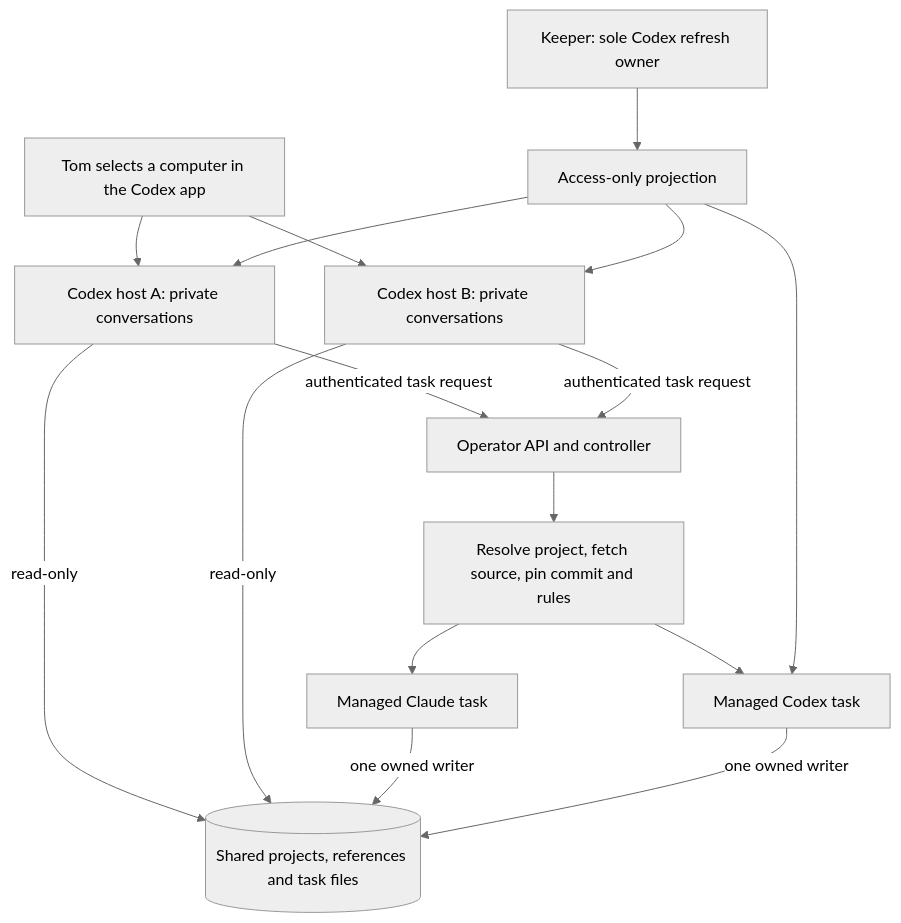
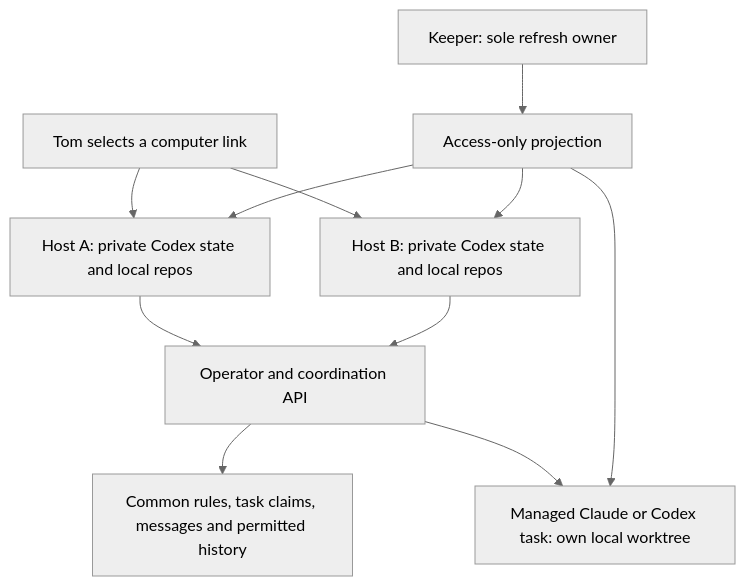
Before and after one commit to thaynes43/dev-env: the first of 2 diagrams in docs/codex-coordinator-hosts.md, drawn with Mermaid (neutral theme). The commit also changed other lines of this file and 23 other files, not shown here.

Commit message:
docs: reset v2 around session coordination and private worktrees (#177)

````diff
--- a/docs/codex-coordinator-hosts.md
+++ b/docs/codex-coordinator-hosts.md
@@ -10,18 +10,13 @@
 ```mermaid
 flowchart TB
-    Tom[Tom selects a computer in the Codex app] --> A[Codex host A: private conversations]
-    Tom --> B[Codex host B: private conversations]
-    A -->|read-only| Files[(Shared projects, references and task files)]
-    B -->|read-only| Files
-    A -->|authenticated task request| API[Operator API and controller]
-    B -->|authenticated task request| API
-    API --> Pin[Resolve project, fetch source, pin commit and rules]
-    Pin --> Claude[Managed Claude task]
-    Pin --> Codex[Managed Codex task]
-    Claude -->|one owned writer| Files
-    Codex -->|one owned writer| Files
-    Keeper[Keeper: sole Codex refresh owner] --> Auth[Access-only projection]
+    Tom["Tom selects a computer link"] --> A["Host A: private Codex state and local repos"]
+    Tom --> B["Host B: private Codex state and local repos"]
+    A --> API["Operator and coordination API"]
+    B --> API
+    API --> Context["Common rules, task claims, messages and permitted history"]
+    API --> Worker["Managed Claude or Codex task: own local worktree"]
+    Keeper["Keeper: sole refresh owner"] --> Auth["Access-only projection"]
     Auth --> A
     Auth --> B
-    Auth --> Codex
+    Auth --> Worker
 ```
````
